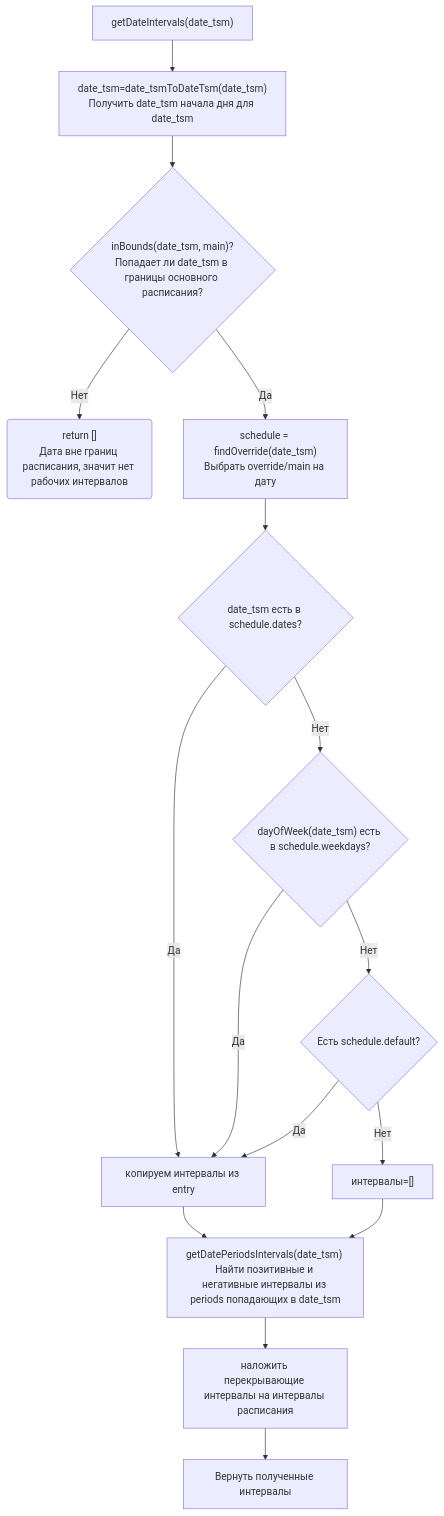
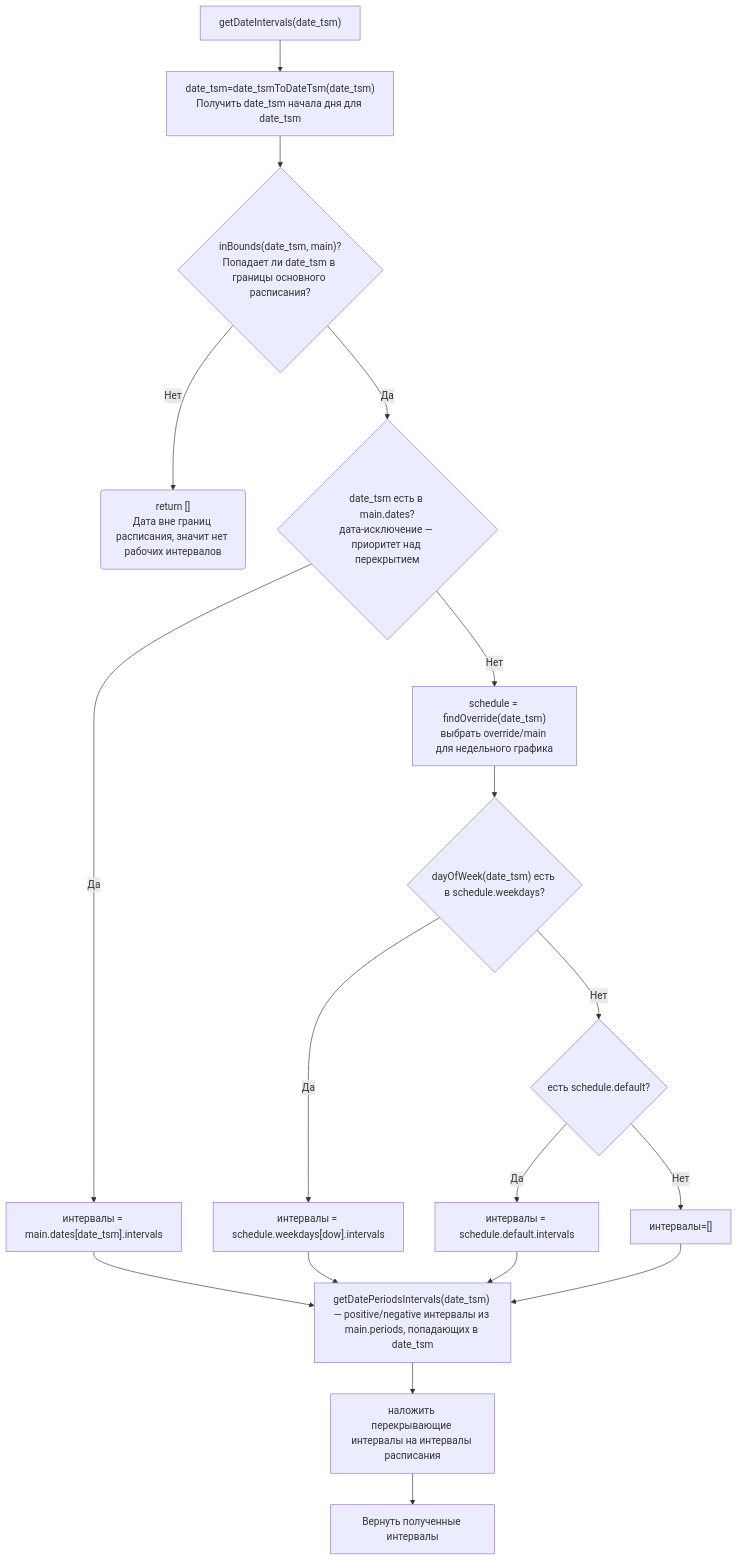
One commit to spo0okie/arms_inventory changed the third of 14 diagrams in modules/schedules/compile/compile.md. Above: the diagram before and after it, drawn with Mermaid. The commit also changed other lines of this file and 12 other files, not shown here.

````diff
--- a/modules/schedules/compile/compile.md
+++ b/modules/schedules/compile/compile.md
@@ -515,19 +525,22 @@
 ```mermaid
 flowchart TD
     A["getDateIntervals(date_tsm)"] --> B["date_tsm=date_tsmToDateTsm(date_tsm)<br>Получить date_tsm начала дня для date_tsm"] 
     B --> C{"inBounds(date_tsm, main)?<br>Попадает ли date_tsm в границы основного расписания?"}
     C -->|Нет| D("return []<br>Дата вне границ расписания, значит нет рабочих интервалов")
-    C -->|Да| E["schedule = findOverride(date_tsm)<br>Выбрать override/main на дату"]
-    E --> I{date_tsm есть в schedule.dates?}
-    I -->|Да| J[копируем интервалы из entry]
-    I -->|Нет| K{"dayOfWeek(date_tsm) есть в schedule.weekdays?"}
-    K -->|Да| J
-    K -->|Нет| L{Есть schedule.default?}
-    L -->|Да| J
-    L -->|Нет| Empty["интервалы=[]"] --> M
-    J --> M["getDatePeriodsIntervals(date_tsm) Найти позитивные и негативные интервалы из periods попадающих в date_tsm"]
+    C -->|Да| DX{"date_tsm есть в main.dates?<br>дата-исключение — приоритет над перекрытием"}
+    DX -->|Да| J["интервалы = main.dates[date_tsm].intervals"]
+    DX -->|Нет| E["schedule = findOverride(date_tsm)<br>выбрать override/main для недельного графика"]
+    E --> K{"dayOfWeek(date_tsm) есть в schedule.weekdays?"}
+    K -->|Да| J2["интервалы = schedule.weekdays[dow].intervals"]
+    K -->|Нет| L{"есть schedule.default?"}
+    L -->|Да| J3["интервалы = schedule.default.intervals"]
+    L -->|Нет| Empty["интервалы=[]"]
+    J --> M
+    J2 --> M
+    J3 --> M
+    Empty --> M["getDatePeriodsIntervals(date_tsm) — positive/negative интервалы из main.periods, попадающих в date_tsm"]
 
     M --> O[наложить перекрывающие интервалы на интервалы расписания]
     O --> P[Вернуть полученные интервалы]
     
 ```
````
